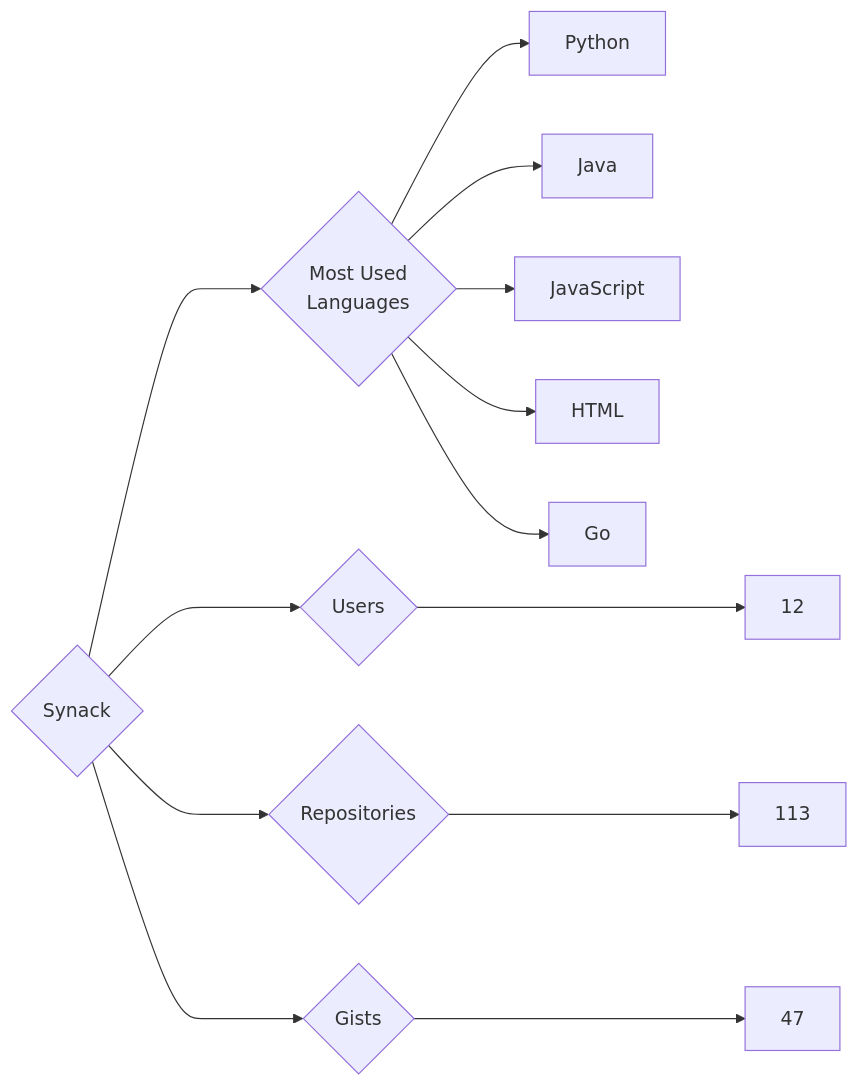
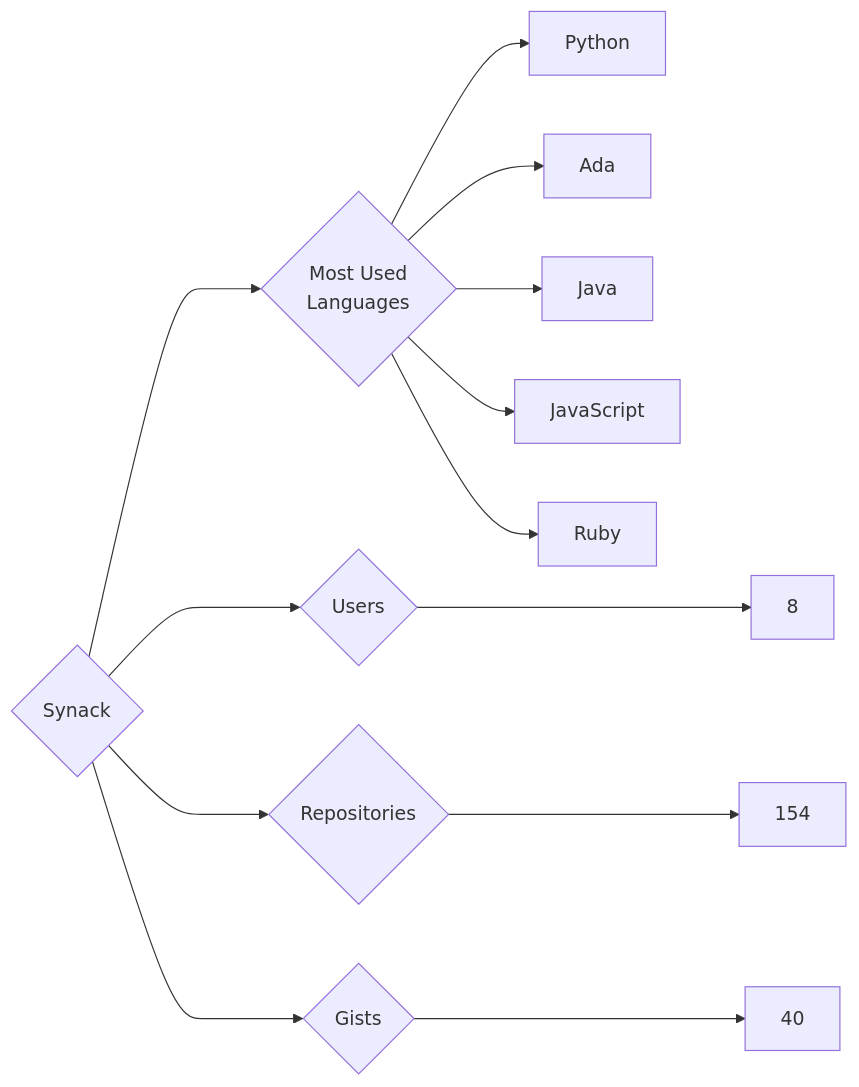
One commit to trickest/insiders changed the diagram in targets/Synack/README.md. Above: the diagram before and after it, drawn with Mermaid. The commit also changed 1696 other files, not shown here.

````diff
--- a/targets/Synack/README.md
+++ b/targets/Synack/README.md
@@ -3,13 +3,13 @@
 ```mermaid
 graph LR
 COMPANY_NAME{Synack}
-COMPANY_NAME ---> U{Users} ---> UN[12]
-COMPANY_NAME ---> R{Repositories} ---> RN[113]
-COMPANY_NAME ---> G{Gists} ---> GN[47]
+COMPANY_NAME ---> U{Users} ---> UN[8]
+COMPANY_NAME ---> R{Repositories} ---> RN[154]
+COMPANY_NAME ---> G{Gists} ---> GN[40]
 COMPANY_NAME ---> ML{Most Used<br>Languages}
 ML --> Python[Python]
+ML --> Ada[Ada]
 ML --> Java[Java]
 ML --> JavaScript[JavaScript]
-ML --> HTML[HTML]
-ML --> Go[Go]
+ML --> Ruby[Ruby]
 ```
````
